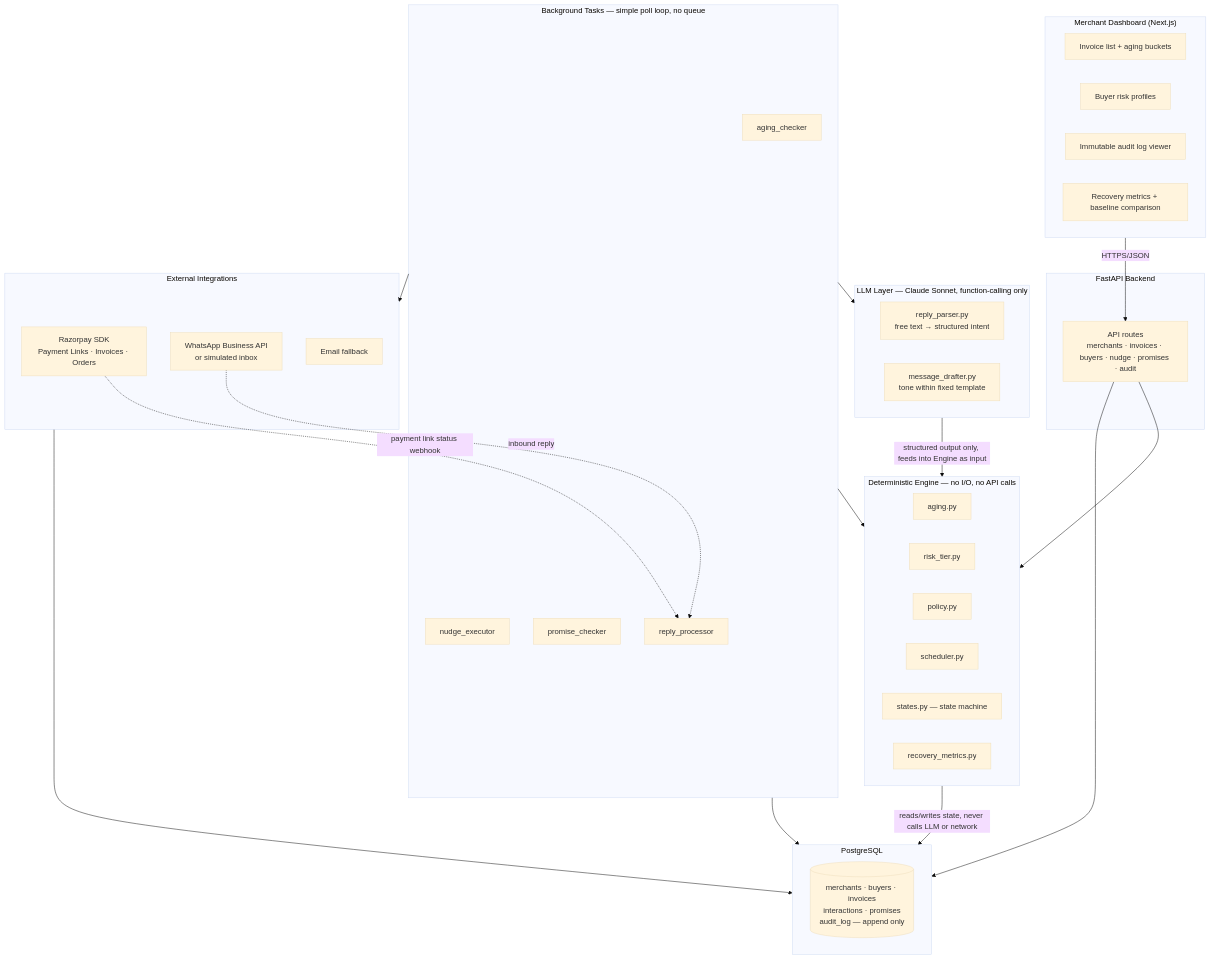
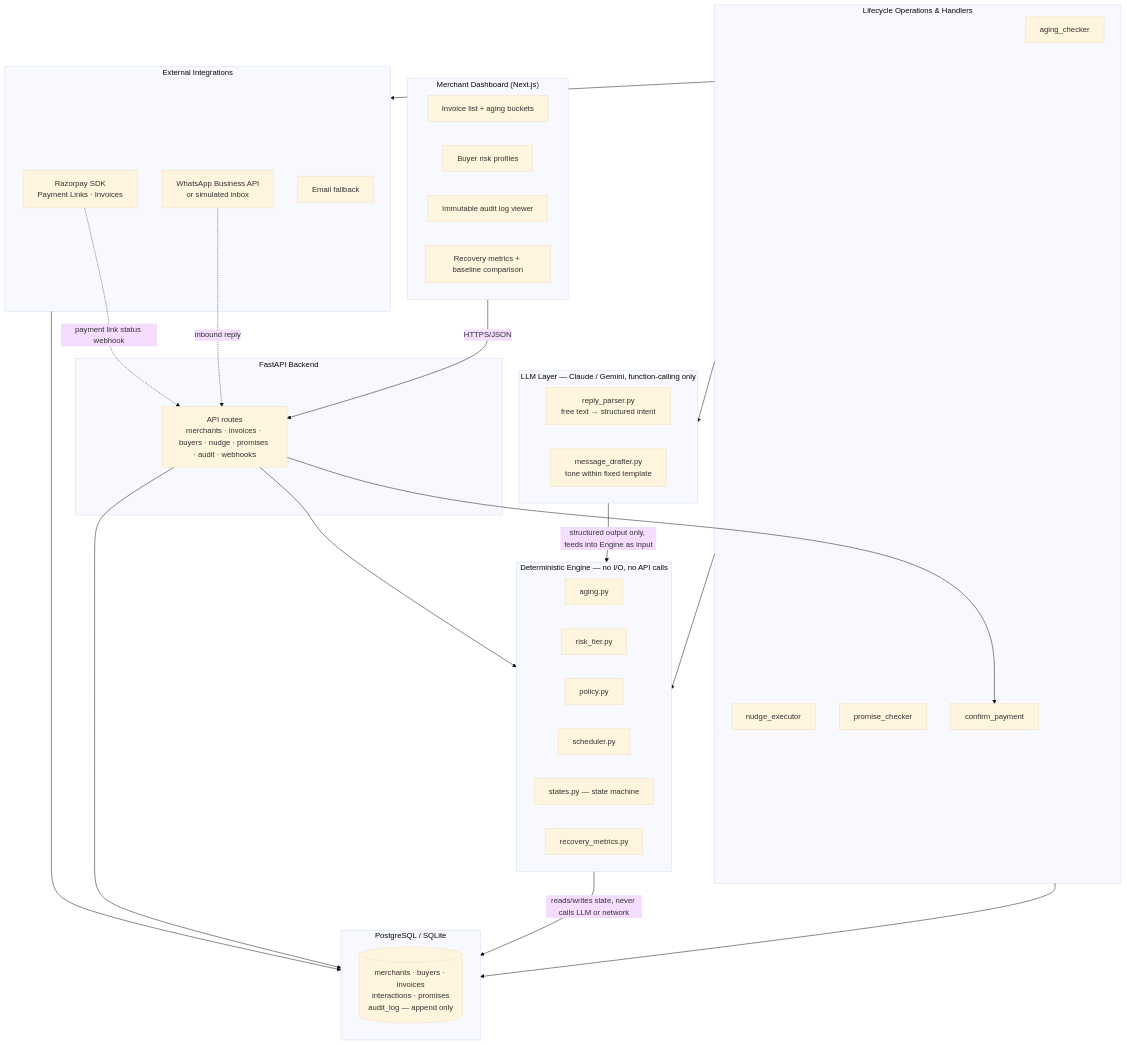
The first of 5 diagrams in ARCHITECTURE.md (Avila-Princy-M01/Duebot-AI), drawn with Mermaid (base theme) before and after one commit. The commit also changed other lines of this file and 5 other files, not shown here.

Commit message:
feat(webhooks): add Razorpay webhook endpoint and polish README claim hygiene and simulation boundaries

````diff
--- a/ARCHITECTURE.md
+++ b/ARCHITECTURE.md
@@ -37,57 +37,58 @@
 ```mermaid
 flowchart TB
     subgraph Client["Merchant Dashboard (Next.js)"]
         UI_Inv[Invoice list + aging buckets]
         UI_Buy[Buyer risk profiles]
         UI_Audit[Immutable audit log viewer]
         UI_Metrics[Recovery metrics + baseline comparison]
     end
 
     subgraph API["FastAPI Backend"]
-        Routes[API routes<br/>merchants · invoices · buyers · nudge · promises · audit]
+        Routes[API routes<br/>merchants · invoices · buyers · nudge · promises · audit · webhooks]
     end
 
     subgraph Engine["Deterministic Engine — no I/O, no API calls"]
         Aging[aging.py]
         Risk[risk_tier.py]
         Policy[policy.py]
         Scheduler[scheduler.py]
         States[states.py — state machine]
         Metrics[recovery_metrics.py]
     end
 
-    subgraph LLM["LLM Layer — Claude Sonnet, function-calling only"]
+    subgraph LLM["LLM Layer — Claude / Gemini, function-calling only"]
         Parser[reply_parser.py<br/>free text → structured intent]
         Drafter[message_drafter.py<br/>tone within fixed template]
     end
 
-    subgraph Tasks["Background Tasks — simple poll loop, no queue"]
+    subgraph Tasks["Lifecycle Operations & Handlers"]
         AgingCheck[aging_checker]
         NudgeExec[nudge_executor]
         PromiseCheck[promise_checker]
-        ReplyProc[reply_processor]
+        PaymentWebhook[confirm_payment]
     end
 
     subgraph Integrations["External Integrations"]
-        Razorpay[Razorpay SDK<br/>Payment Links · Invoices · Orders]
+        Razorpay[Razorpay SDK<br/>Payment Links · Invoices]
         WhatsApp[WhatsApp Business API<br/>or simulated inbox]
         Email[Email fallback]
     end
 
-    subgraph Data["PostgreSQL"]
+    subgraph Data["PostgreSQL / SQLite"]
         DB[(merchants · buyers · invoices<br/>interactions · promises<br/>audit_log — append only)]
     end
 
     Client -->|HTTPS/JSON| Routes
     Routes --> Engine
     Routes --> Data
+    Routes --> PaymentWebhook
     Tasks --> Engine
     Tasks --> LLM
     Tasks --> Integrations
     Tasks --> Data
     Engine -->|reads/writes state, never calls LLM or network| Data
     LLM -->|structured output only, feeds into Engine as input| Engine
     Integrations --> Data
-    Razorpay -.->|payment link status webhook| ReplyProc
-    WhatsApp -.->|inbound reply| ReplyProc
+    Razorpay -.->|payment link status webhook| Routes
+    WhatsApp -.->|inbound reply| Routes
 ```
````
